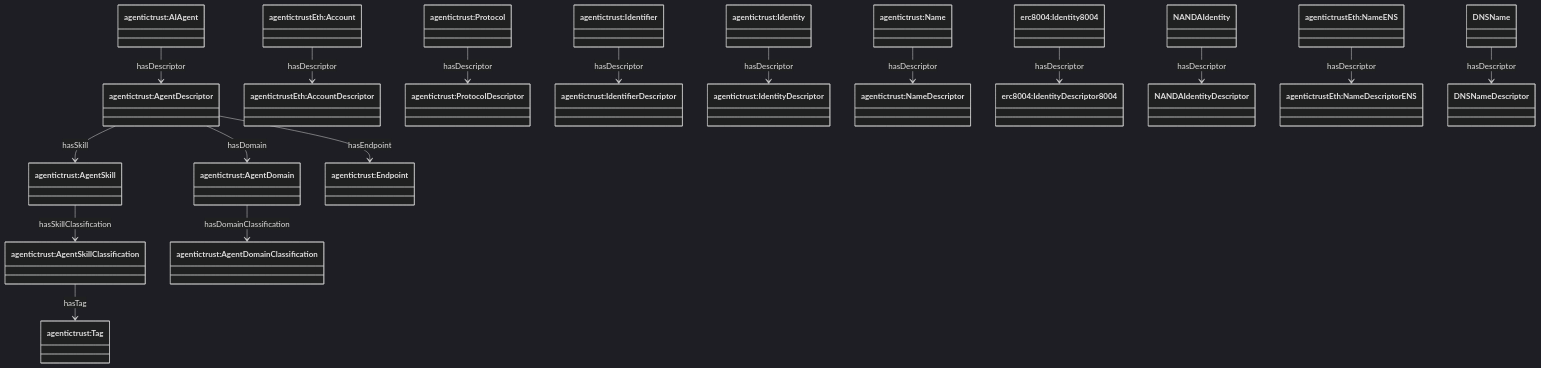
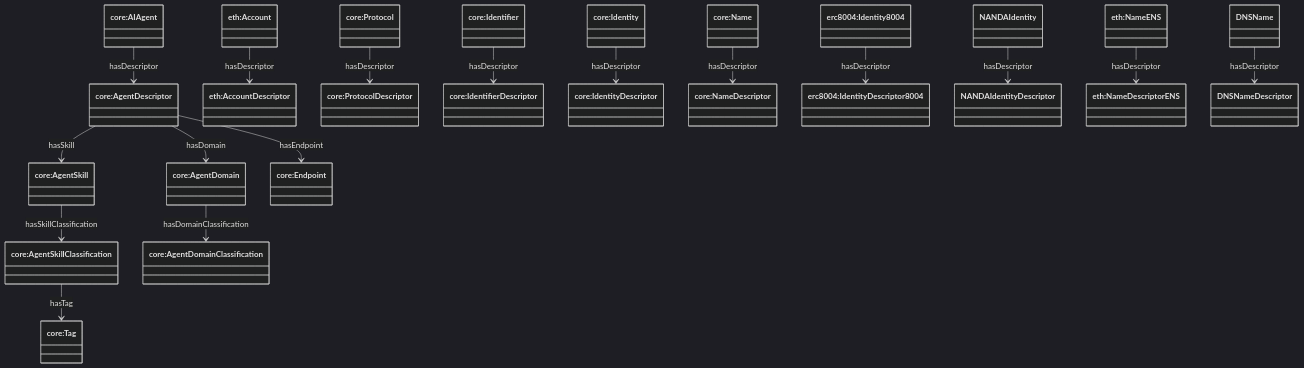
One commit to Agentic-Trust-Layer/agent-explorer changed the diagram in docs/ontology/discovery.md. Above: the diagram before and after it, drawn with Mermaid (dark theme). The commit also changed other lines of this file and 49 other files, not shown here.

````diff
--- a/docs/ontology/discovery.md
+++ b/docs/ontology/discovery.md
@@ -49,51 +49,51 @@
 ```mermaid
 classDiagram
 direction TB
 
-class AIAgent["agentictrust:AIAgent"]
-class Account["agentictrustEth:Account"]
-class Protocol["agentictrust:Protocol"]
-class Identifier["agentictrust:Identifier"]
-class Identity["agentictrust:Identity"]
-class Name["agentictrust:Name"]
+class AIAgent["core:AIAgent"]
+class Account["eth:Account"]
+class Protocol["core:Protocol"]
+class Identifier["core:Identifier"]
+class Identity["core:Identity"]
+class Name["core:Name"]
 class Identity8004["erc8004:Identity8004"]
 class NANDAIdentity["NANDAIdentity"]
-class NameENS["agentictrustEth:NameENS"]
+class NameENS["eth:NameENS"]
 class DNSName["DNSName"]
 
-class AgentDescriptor["agentictrust:AgentDescriptor"]
-class AccountDescriptor["agentictrustEth:AccountDescriptor"]
-class ProtocolDescriptor["agentictrust:ProtocolDescriptor"]
-class IdentifierDescriptor["agentictrust:IdentifierDescriptor"]
-class IdentityDescriptor["agentictrust:IdentityDescriptor"]
-class NameDescriptor["agentictrust:NameDescriptor"]
+class AgentDescriptor["core:AgentDescriptor"]
+class AccountDescriptor["eth:AccountDescriptor"]
+class ProtocolDescriptor["core:ProtocolDescriptor"]
+class IdentifierDescriptor["core:IdentifierDescriptor"]
+class IdentityDescriptor["core:IdentityDescriptor"]
+class NameDescriptor["core:NameDescriptor"]
 class Identity8004Descriptor["erc8004:IdentityDescriptor8004"]
 class NANDAIdentityDescriptor["NANDAIdentityDescriptor"]
-class NameDescriptorENS["agentictrustEth:NameDescriptorENS"]
+class NameDescriptorENS["eth:NameDescriptorENS"]
 class DNSNameDescriptor["DNSNameDescriptor"]
 
-class AgentSkill["agentictrust:AgentSkill"]
-class AgentSkillClassification["agentictrust:AgentSkillClassification"]
-class AgentDomain["agentictrust:AgentDomain"]
-class AgentDomainClassification["agentictrust:AgentDomainClassification"]
-class Tag["agentictrust:Tag"]
-class Endpoint["agentictrust:Endpoint"]
+class AgentSkill["core:AgentSkill"]
+class AgentSkillClassification["core:AgentSkillClassification"]
+class AgentDomain["core:AgentDomain"]
+class AgentDomainClassification["core:AgentDomainClassification"]
+class Tag["core:Tag"]
+class Endpoint["core:Endpoint"]
 
 AIAgent --> AgentDescriptor : hasDescriptor
 Account --> AccountDescriptor : hasDescriptor
 Protocol --> ProtocolDescriptor : hasDescriptor
 Identifier --> IdentifierDescriptor : hasDescriptor
 Identity --> IdentityDescriptor : hasDescriptor
 Name --> NameDescriptor : hasDescriptor
 Identity8004 --> Identity8004Descriptor : hasDescriptor
 NANDAIdentity --> NANDAIdentityDescriptor : hasDescriptor
 NameENS --> NameDescriptorENS : hasDescriptor
 DNSName --> DNSNameDescriptor : hasDescriptor
 
 AgentDescriptor --> AgentSkill : hasSkill
 AgentSkill --> AgentSkillClassification : hasSkillClassification
 AgentDescriptor --> AgentDomain : hasDomain
 AgentDomain --> AgentDomainClassification : hasDomainClassification
 AgentSkillClassification --> Tag : hasTag
 AgentDescriptor --> Endpoint : hasEndpoint
 ```
````
